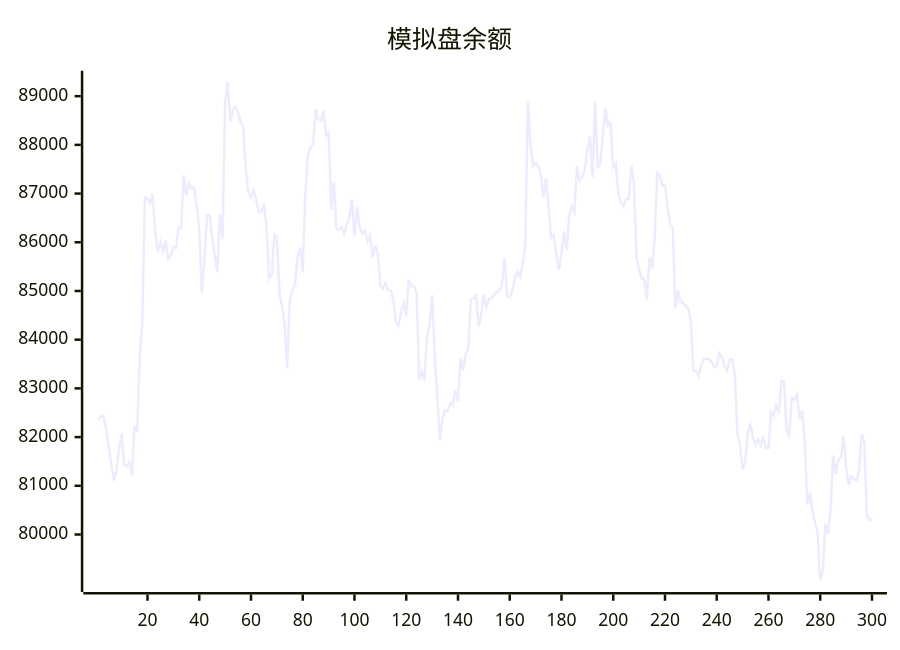
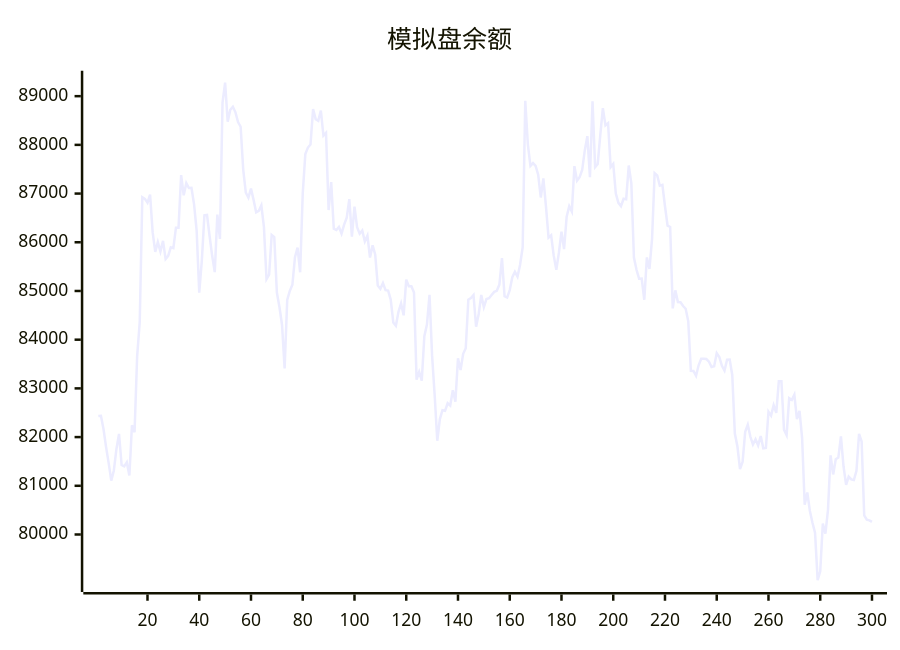
One commit to aahl/ai-trading changed the diagram in README.md. Above: the diagram before and after it, drawn with Mermaid. The commit also changed other lines of this file and 1 other file, not shown here.

````diff
--- a/README.md
+++ b/README.md
@@ -5,5 +5,5 @@
 ```mermaid
 xychart
     title "模拟盘余额"
-    line [82355,82433,82438,82167,81795,81466,81105,81315,81756,82064,81426,81398,81481,81210,82242,82099,83658,84359,86925,86892,86814,86980,86203,85802,86003,85811,86028,85657,85721,85896,85880,86300,86299,87378,86965,87214,87115,87118,86780,86238,84966,85623,86555,86562,86129,85722,85387,86569,86070,88870,89278,88477,88720,88781,88668,88467,88372,87493,87018,86917,87102,86870,86613,86644,86758,86317,85242,85334,86149,86106,84968,84671,84302,83410,84816,85001,85127,85693,85891,85384,87001,87811,87945,88007,88734,88528,88495,88705,88189,88248,86662,87234,86279,86251,86314,86177,86364,86503,86886,86114,86731,86310,86176,86240,86017,86136,85685,85938,85749,85111,85044,85164,85016,85008,84824,84354,84287,84572,84745,84500,85234,85096,85095,84970,83180,83338,83157,84070,84309,84922,83667,82850,81924,82369,82552,82539,82695,82648,82962,82728,83619,83378,83710,83825,84819,84854,84917,84265,84527,84919,84668,84834,84850,84916,84981,85004,85131,85674,84891,84864,85019,85284,85393,85294,85538,85894,88904,88012,87567,87625,87568,87386,86920,87313,86737,86094,86143,85725,85437,85787,86219,85859,86526,86740,86630,87563,87264,87335,87483,87886,88180,87335,88894,87544,87608,88207,88755,88401,88444,87543,87608,87000,86810,86740,86894,86884,87576,87209,85686,85435,85251,85255,84820,85689,85453,86066,87420,87373,87161,87178,86740,86341,86315,84643,85012,84772,84768,84690,84635,84376,83360,83357,83259,83474,83608,83606,83602,83548,83440,83454,83724,83644,83464,83365,83590,83592,83275,82072,81806,81344,81492,82109,82254,82006,81848,81955,81829,82022,81769,81776,82522,82441,82656,82498,83144,83144,82150,82038,82797,82763,82872,82367,82536,81981,80612,80862,80484,80242,80034,79063,79245,80226,80016,80507,81625,81233,81544,81578,82016,81401,81019,81186,81130,81118,81306,82066,81909,80392,80304,80291]
+    line [82433,82438,82167,81795,81466,81105,81315,81756,82064,81426,81398,81481,81210,82242,82099,83658,84359,86925,86892,86814,86980,86203,85802,86003,85811,86028,85657,85721,85896,85880,86300,86299,87378,86965,87214,87115,87118,86780,86238,84966,85623,86555,86562,86129,85722,85387,86569,86070,88870,89278,88477,88720,88781,88668,88467,88372,87493,87018,86917,87102,86870,86613,86644,86758,86317,85242,85334,86149,86106,84968,84671,84302,83410,84816,85001,85127,85693,85891,85384,87001,87811,87945,88007,88734,88528,88495,88705,88189,88248,86662,87234,86279,86251,86314,86177,86364,86503,86886,86114,86731,86310,86176,86240,86017,86136,85685,85938,85749,85111,85044,85164,85016,85008,84824,84354,84287,84572,84745,84500,85234,85096,85095,84970,83180,83338,83157,84070,84309,84922,83667,82850,81924,82369,82552,82539,82695,82648,82962,82728,83619,83378,83710,83825,84819,84854,84917,84265,84527,84919,84668,84834,84850,84916,84981,85004,85131,85674,84891,84864,85019,85284,85393,85294,85538,85894,88904,88012,87567,87625,87568,87386,86920,87313,86737,86094,86143,85725,85437,85787,86219,85859,86526,86740,86630,87563,87264,87335,87483,87886,88180,87335,88894,87544,87608,88207,88755,88401,88444,87543,87608,87000,86810,86740,86894,86884,87576,87209,85686,85435,85251,85255,84820,85689,85453,86066,87420,87373,87161,87178,86740,86341,86315,84643,85012,84772,84768,84690,84635,84376,83360,83357,83259,83474,83608,83606,83602,83548,83440,83454,83724,83644,83464,83365,83590,83592,83275,82072,81806,81344,81492,82109,82254,82006,81848,81955,81829,82022,81769,81776,82522,82441,82656,82498,83144,83144,82150,82038,82797,82763,82872,82367,82536,81981,80612,80862,80484,80242,80034,79063,79245,80226,80016,80507,81625,81233,81544,81578,82016,81401,81019,81186,81130,81118,81306,82066,81909,80392,80304,80291,80258]
 ```
````
